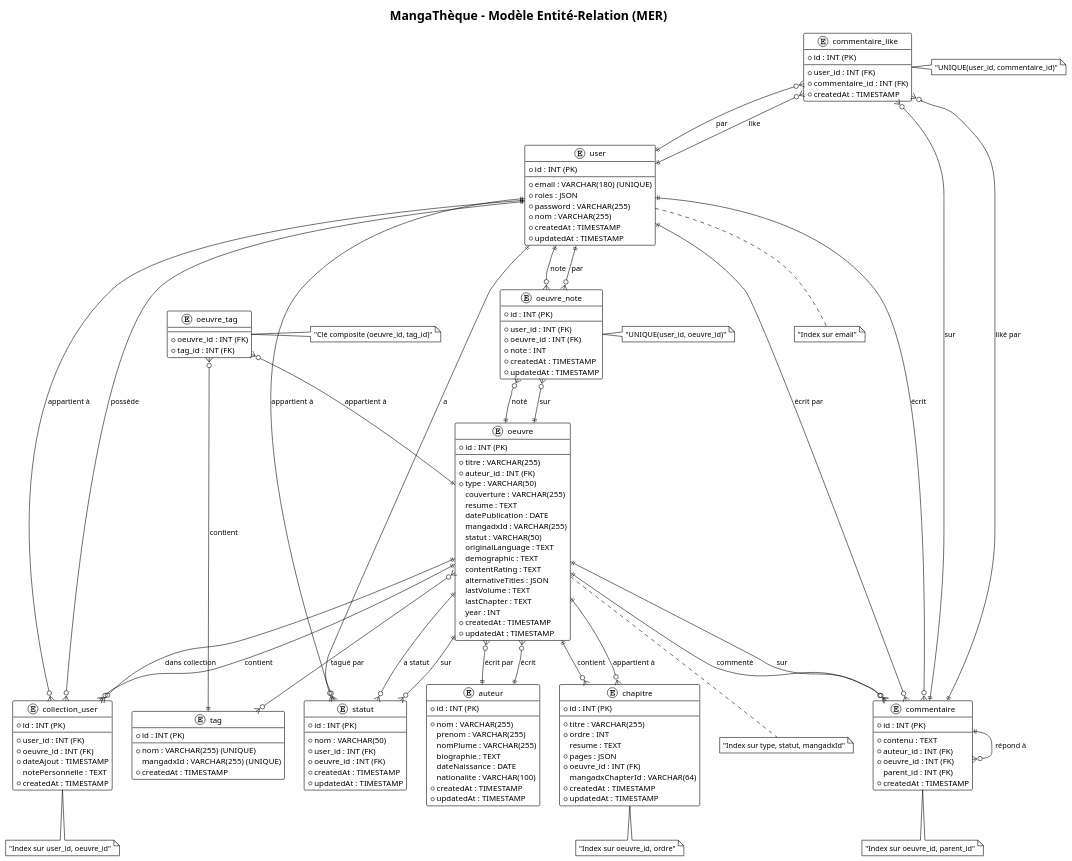
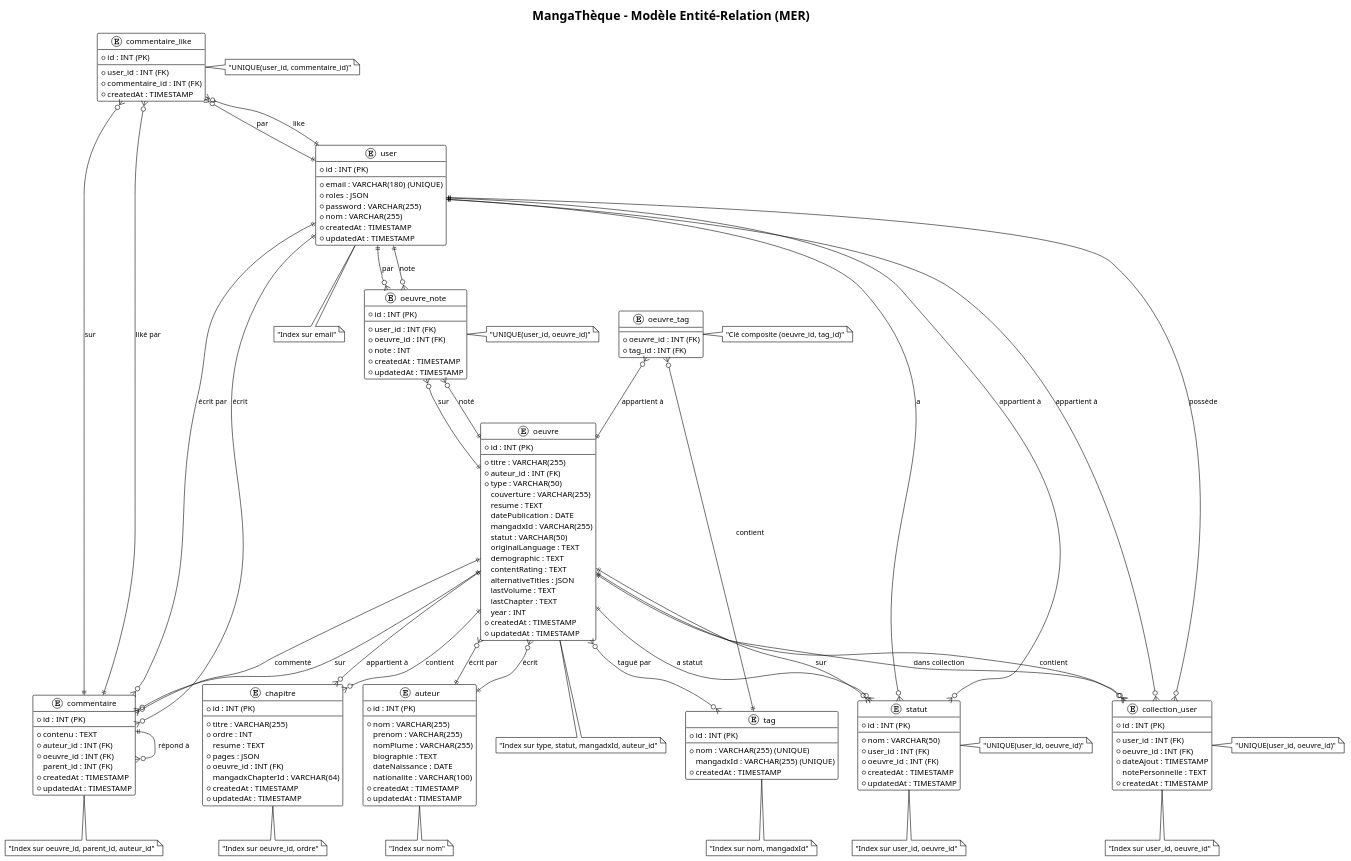
The diagram in mer_mangatheque.puml (francissombouth/manga), drawn with PlantUML before and after one commit. The commit also changed 29 other files, not shown here.

```diff
--- a/mer_mangatheque.puml
+++ b/mer_mangatheque.puml
@@ -1,193 +1,199 @@
 @startuml MangaThèque - Modèle Entité-Relation (MER)
 
 !theme plain
 skinparam backgroundColor #FFFFFF
 skinparam entityBackgroundColor #E3F2FD
 skinparam entityBorderColor #1976D2
 skinparam entityFontSize 11
 skinparam entityFontName Arial
 skinparam relationshipFontSize 10
 skinparam relationshipFontName Arial
 
 title MangaThèque - Modèle Entité-Relation (MER)
 
 ' ===== ENTITÉS =====
 
 entity "user" {
   * id : INT (PK)
   --
   * email : VARCHAR(180) (UNIQUE)
   * roles : JSON
   * password : VARCHAR(255)
   * nom : VARCHAR(255)
   * createdAt : TIMESTAMP
   * updatedAt : TIMESTAMP
 }
 
 entity "auteur" {
   * id : INT (PK)
   --
   * nom : VARCHAR(255)
   prenom : VARCHAR(255)
   nomPlume : VARCHAR(255)
   biographie : TEXT
   dateNaissance : DATE
   nationalite : VARCHAR(100)
   * createdAt : TIMESTAMP
   * updatedAt : TIMESTAMP
 }
 
 entity "oeuvre" {
   * id : INT (PK)
   --
   * titre : VARCHAR(255)
   * auteur_id : INT (FK)
   * type : VARCHAR(50)
   couverture : VARCHAR(255)
   resume : TEXT
   datePublication : DATE
   mangadxId : VARCHAR(255)
   statut : VARCHAR(50)
   originalLanguage : TEXT
   demographic : TEXT
   contentRating : TEXT
   alternativeTitles : JSON
   lastVolume : TEXT
   lastChapter : TEXT
   year : INT
   * createdAt : TIMESTAMP
   * updatedAt : TIMESTAMP
 }
 
 entity "chapitre" {
   * id : INT (PK)
   --
   * titre : VARCHAR(255)
   * ordre : INT
   resume : TEXT
   * pages : JSON
   * oeuvre_id : INT (FK)
   mangadxChapterId : VARCHAR(64)
   * createdAt : TIMESTAMP
   * updatedAt : TIMESTAMP
 }
 
 entity "tag" {
   * id : INT (PK)
   --
   * nom : VARCHAR(255) (UNIQUE)
   mangadxId : VARCHAR(255) (UNIQUE)
   * createdAt : TIMESTAMP
 }
 
 entity "oeuvre_tag" {
   * oeuvre_id : INT (FK)
   * tag_id : INT (FK)
 }
 
 entity "collection_user" {
   * id : INT (PK)
   --
   * user_id : INT (FK)
   * oeuvre_id : INT (FK)
   * dateAjout : TIMESTAMP
   notePersonnelle : TEXT
   * createdAt : TIMESTAMP
 }
 
 entity "statut" {
   * id : INT (PK)
   --
   * nom : VARCHAR(50)
   * user_id : INT (FK)
   * oeuvre_id : INT (FK)
   * createdAt : TIMESTAMP
   * updatedAt : TIMESTAMP
 }
 
 entity "commentaire" {
   * id : INT (PK)
   --
   * contenu : TEXT
   * auteur_id : INT (FK)
   * oeuvre_id : INT (FK)
   parent_id : INT (FK)
   * createdAt : TIMESTAMP
+  * updatedAt : TIMESTAMP
 }
 
 entity "commentaire_like" {
   * id : INT (PK)
   --
   * user_id : INT (FK)
   * commentaire_id : INT (FK)
   * createdAt : TIMESTAMP
 }
 
 entity "oeuvre_note" {
   * id : INT (PK)
   --
   * user_id : INT (FK)
   * oeuvre_id : INT (FK)
   * note : INT
   * createdAt : TIMESTAMP
   * updatedAt : TIMESTAMP
 }
 
 ' ===== RELATIONS =====
 
 ' Relations One-to-Many
 user ||--o{ collection_user : "possède"
 user ||--o{ statut : "a"
 user ||--o{ commentaire : "écrit"
 user ||--o{ commentaire_like : "like"
 user ||--o{ oeuvre_note : "note"
 
 auteur ||--o{ oeuvre : "écrit"
 
 oeuvre ||--o{ chapitre : "contient"
 oeuvre ||--o{ collection_user : "dans collection"
 oeuvre ||--o{ statut : "a statut"
 oeuvre ||--o{ commentaire : "commenté"
 oeuvre ||--o{ oeuvre_note : "noté"
 
 commentaire ||--o{ commentaire : "répond à"
 commentaire ||--o{ commentaire_like : "liké par"
 
 ' Relations Many-to-Many
 oeuvre }o--o{ tag : "tagué par"
 oeuvre_tag }o--|| oeuvre : "appartient à"
 oeuvre_tag }o--|| tag : "contient"
 
 ' Relations Many-to-One
 collection_user }o--|| user : "appartient à"
 collection_user }o--|| oeuvre : "contient"
 
 statut }o--|| user : "appartient à"
 statut }o--|| oeuvre : "sur"
 
 commentaire }o--|| user : "écrit par"
 commentaire }o--|| oeuvre : "sur"
 
 commentaire_like }o--|| user : "par"
 commentaire_like }o--|| commentaire : "sur"
 
 oeuvre_note }o--|| user : "par"
 oeuvre_note }o--|| oeuvre : "sur"
 
 chapitre }o--|| oeuvre : "appartient à"
 
 oeuvre }o--|| auteur : "écrit par"
 
 ' ===== CONTRAINTES =====
 note right of commentaire_like : "UNIQUE(user_id, commentaire_id)"
 note right of oeuvre_note : "UNIQUE(user_id, oeuvre_id)"
 note right of oeuvre_tag : "Clé composite (oeuvre_id, tag_id)"
+note right of collection_user : "UNIQUE(user_id, oeuvre_id)"
+note right of statut : "UNIQUE(user_id, oeuvre_id)"
 
 ' ===== INDEX SUGGESTIONS =====
 note bottom of user : "Index sur email"
-note bottom of oeuvre : "Index sur type, statut, mangadxId"
+note bottom of oeuvre : "Index sur type, statut, mangadxId, auteur_id"
 note bottom of chapitre : "Index sur oeuvre_id, ordre"
-note bottom of commentaire : "Index sur oeuvre_id, parent_id"
+note bottom of commentaire : "Index sur oeuvre_id, parent_id, auteur_id"
 note bottom of collection_user : "Index sur user_id, oeuvre_id"
+note bottom of statut : "Index sur user_id, oeuvre_id"
+note bottom of tag : "Index sur nom, mangadxId"
+note bottom of auteur : "Index sur nom"
 
 @enduml 
```
